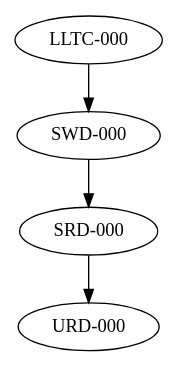
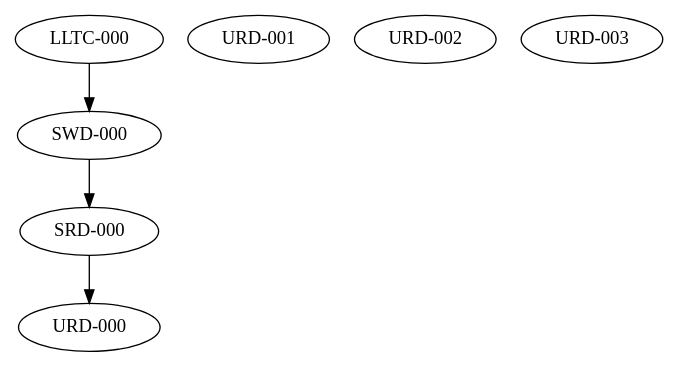
The diagram in .dotstop.dot (Zahhask45/Team04_DrivaPi), drawn with Graphviz before and after one commit. The commit also changed 3 other files, not shown here.

```diff
--- a/.dotstop.dot
+++ b/.dotstop.dot
@@ -1,12 +1,15 @@
 # This file is automatically generated by dotstop and should not be edited manually.
 # Generated using trustable 2025.9.16.
 
 digraph G {
 "SRD-000" [sha="5d24c26cb00c58cdc3c258b9c21fef8b7654ae9bae227425bf46e5bca914ba89"];
 "LLTC-000" [sha="e56df2a9ebe8d42a490365ad0b5af6686246421c1860ea3a49dbbed9096b2127"];
 "SWD-000" [sha="eb98a00d9c77ea66c80ad8e87196f1aa64624f1071d723e01d8b0959ac4ae6d3"];
 "URD-000" [sha="013eb93d68bfc864ef0d41c3037d61d9da8cbea285a1ce488d7717aed74e3f7d"];
+"URD-001" [sha="6b6bb613509db17c344da63137086464e8c42f9c204aa9d5803083c431828227"];
+"URD-002" [sha="5c0b3ad9dd6fe6167c4625422e3c9e58f58535a2cc4dbc8d129cc6b5b6d107e6"];
+"URD-003" [sha="4fffc46107e6e0ded15d428e1bac42d0d630e9512337686132d4bb415c4b5ac3"];
 "SRD-000" -> "URD-000" [sha="0444c87141e46d2386ec17789719d668f83e4a22c6572d70dc61fe607b29a8db"];
 "LLTC-000" -> "SWD-000" [sha="6e383a1d5f4f3b90757d5f230cd5fc20d14f1df229dae091e4ec03a8b6aeacf8"];
 "SWD-000" -> "SRD-000" [sha="512d1060b095027dab9d6a3b88b20a80ac38c32b002e1d65343576771f94c937"];
 }
```
